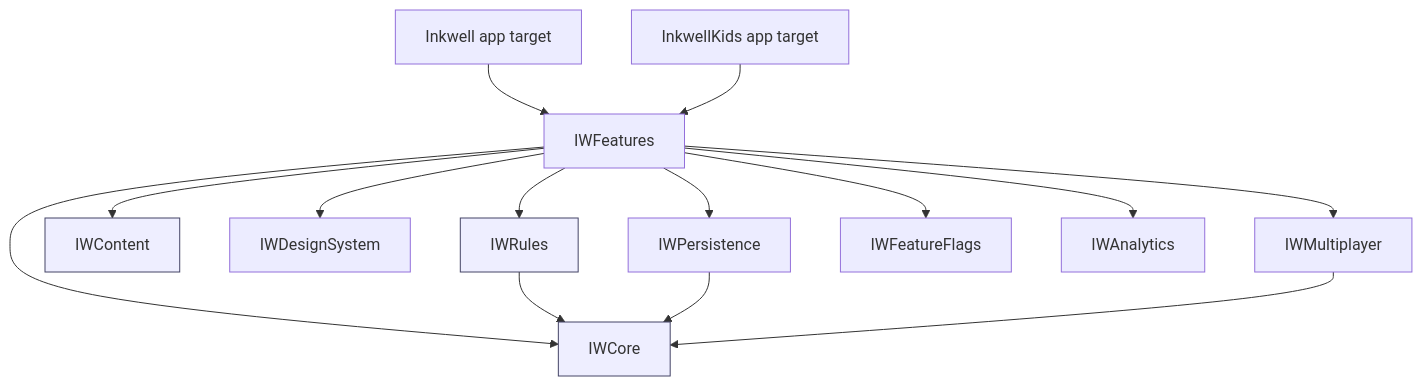
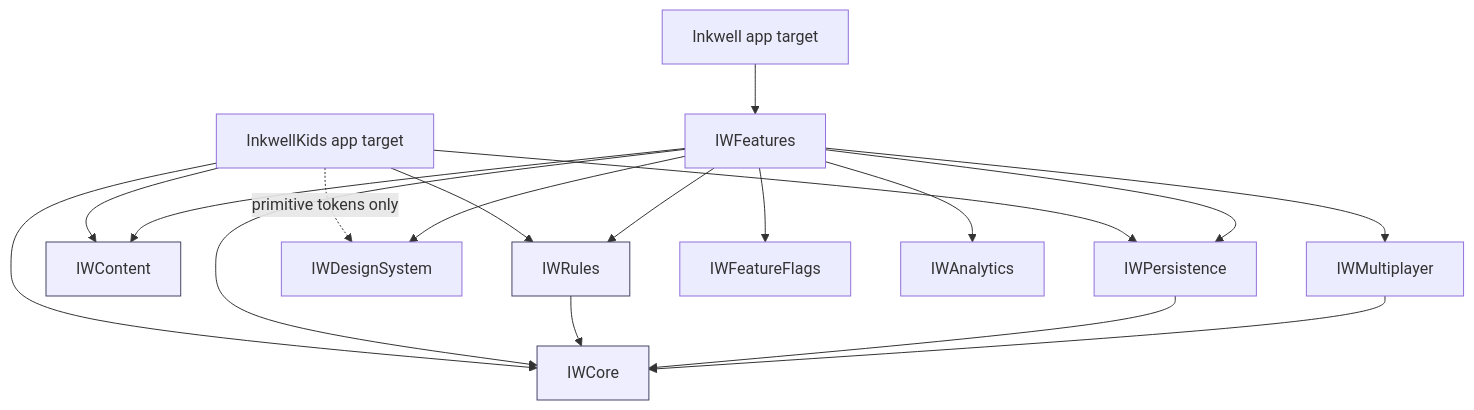
The diagram in npat-planning/app1-inkwell/04-architecture-and-engineering.md (nikhilprakash24/CVIN-SC-Implementation-SSI-DID), drawn with Mermaid before and after one commit. The commit also changed other lines of this file and 11 other files, not shown here.

````diff
--- a/npat-planning/app1-inkwell/04-architecture-and-engineering.md
+++ b/npat-planning/app1-inkwell/04-architecture-and-engineering.md
@@ -75,18 +75,22 @@
 ```mermaid
 graph TD
   App[Inkwell app target] --> Features[IWFeatures]
-  KidsApp[InkwellKids app target] --> Features
+  KidsApp[InkwellKids app target] --> Core
+  KidsApp --> Rules
+  KidsApp --> Content
+  KidsApp --> Persist
+  KidsApp -. primitive tokens only .-> DS
   Features --> Core[IWCore]
   Features --> Rules[IWRules]
   Features --> Content[IWContent]
   Features --> DS[IWDesignSystem]
   Features --> Persist[IWPersistence]
   Features --> MP[IWMultiplayer]
   Features --> Flags[IWFeatureFlags]
   Features --> Analytics[IWAnalytics]
   Rules --> Core
   Persist --> Core
   MP --> Core
   classDef pure fill:#eef,stroke:#446;
   class Core,Rules,Content pure;
 ```
````
